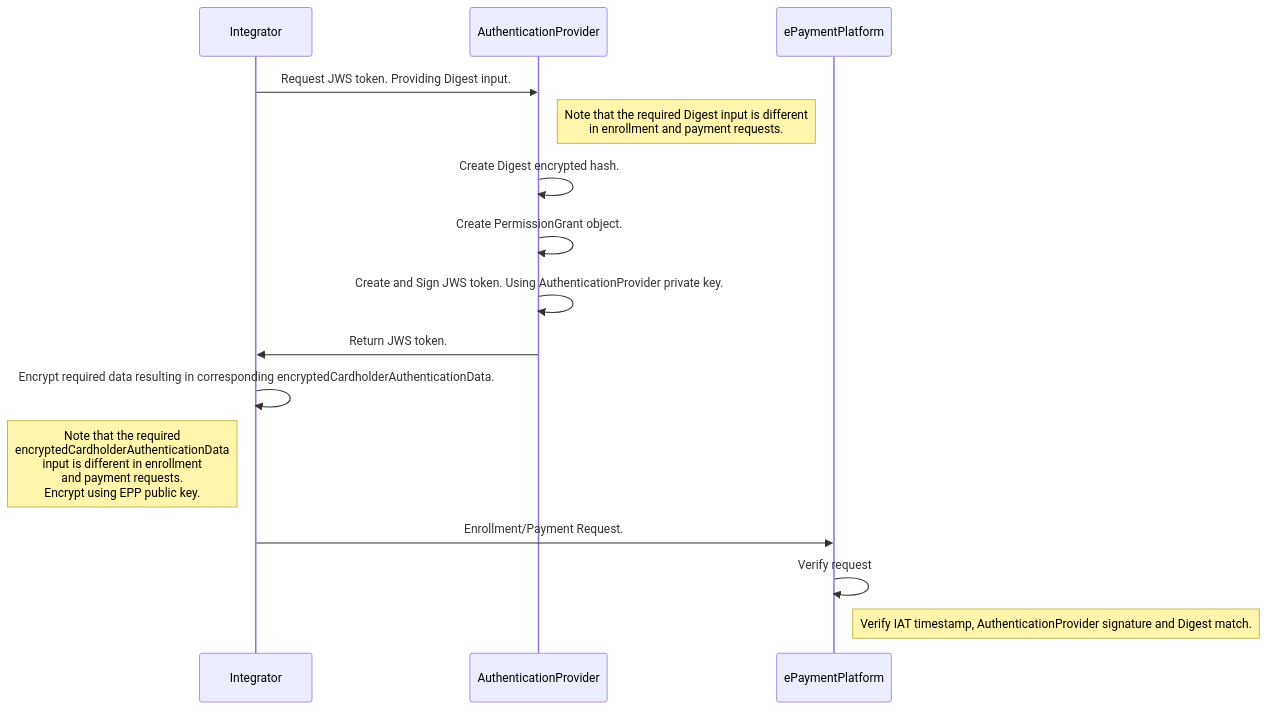
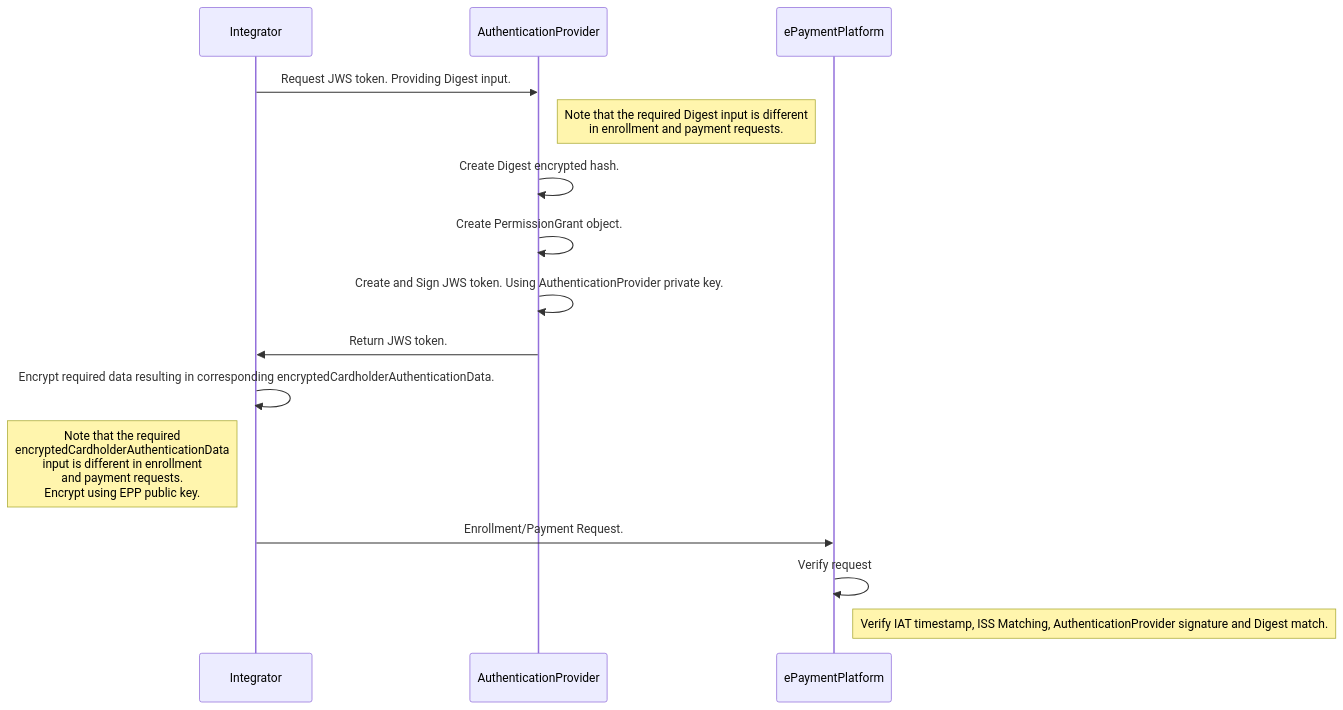
Before and after one commit to BankAxept/bankaxept-epayment-development-kit: the third of 3 diagrams in docs/authentication_interoperability.md, drawn with Mermaid.

Commit message:
ISS emphasis

````diff
--- a/docs/authentication_interoperability.md
+++ b/docs/authentication_interoperability.md
@@ -94,20 +94,20 @@
 ```mermaid
 sequenceDiagram
     participant Integrator
     participant AuthenticationProvider
     participant ePaymentPlatform
     
     Integrator ->> AuthenticationProvider: Request JWS token. Providing Digest input.
     note right of AuthenticationProvider: Note that the required Digest input is different <br/>in enrollment and payment requests.
     AuthenticationProvider ->> AuthenticationProvider: Create Digest encrypted hash.
     AuthenticationProvider ->> AuthenticationProvider: Create PermissionGrant object.
     AuthenticationProvider ->> AuthenticationProvider: Create and Sign JWS token. Using AuthenticationProvider private key.
     AuthenticationProvider ->> Integrator: Return JWS token.
     Integrator ->> Integrator : Encrypt required data resulting in corresponding encryptedCardholderAuthenticationData.
     note left of Integrator: Note that the required <br/>encryptedCardholderAuthenticationData <br/> input is different in enrollment<br/> and payment requests. <br/> Encrypt using EPP public key.
 
     Integrator ->> ePaymentPlatform: Enrollment/Payment Request.
     ePaymentPlatform ->> ePaymentPlatform: Verify request
-    note right of ePaymentPlatform: Verify IAT timestamp, AuthenticationProvider signature and Digest match.
+    note right of ePaymentPlatform: Verify IAT timestamp, ISS Matching, AuthenticationProvider signature and Digest match.
 
 ```
````
